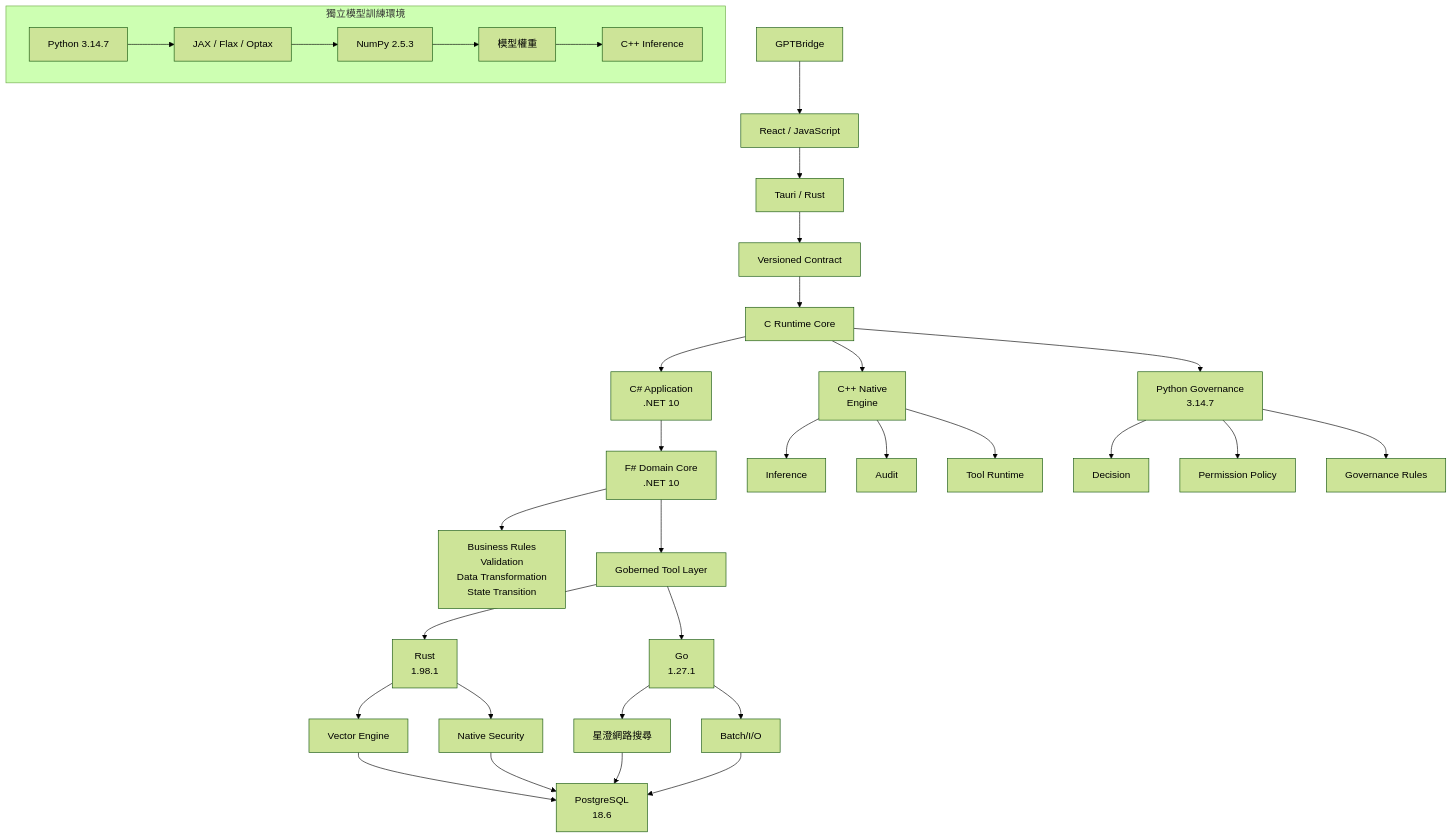
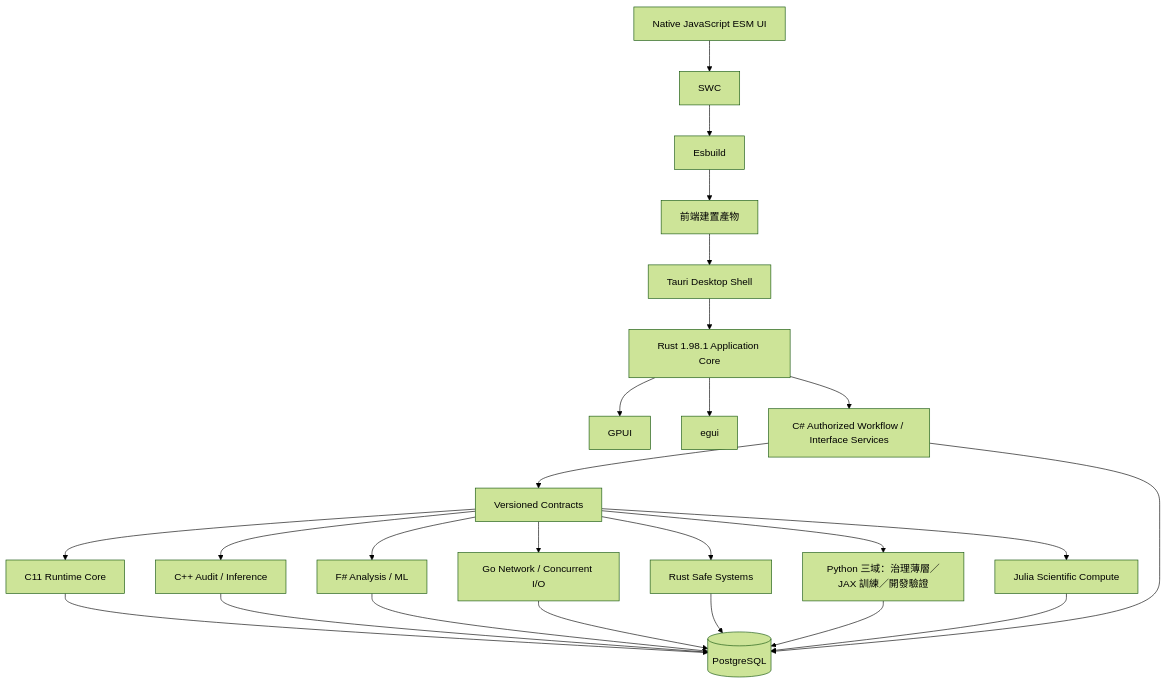
One commit to guilty442-source/GPTBridge changed the third of 4 diagrams in governance_rule/codex/architecture-languages.md. Above: the diagram before and after it, drawn with Mermaid (forest theme). The commit also changed other lines of this file, not shown here.

Commit message:
docs(codex): converge Python scope to A35 three domains + responsibility-transfer table [worker:devin]

````diff
--- a/governance_rule/codex/architecture-languages.md
+++ b/governance_rule/codex/architecture-languages.md
@@ -24,36 +145,30 @@
 ```mermaid
 flowchart TB
-  GPTBridge --> ReactJS[React / JavaScript]
-  ReactJS --> TauriRust[Tauri / Rust]
-  TauriRust --> Contract[Versioned Contract]
-  Contract --> CRuntime[C Runtime Core]
-  CRuntime --> CSharpApp[C# Application<br>.NET 10]
-  CRuntime --> CppNative[C++ Native<br>Engine]
-  CRuntime --> PyGov[Python Governance<br>3.14.7]
-  CSharpApp --> FSharpCore[F# Domain Core<br>.NET 10]
-  FSharpCore --> BusinessRules[Business Rules<br>Validation<br>Data Transformation<br>State Transition]
-  CppNative --> Inference[Inference]
-  CppNative --> Audit[Audit]
-  CppNative --> ToolRuntime[Tool Runtime]
-  PyGov --> Decision[Decision]
-  PyGov --> Permission[Permission Policy]
-  PyGov --> GovRules[Governance Rules]
-  FSharpCore --> GoRustLayer[Goberned Tool Layer]
-  GoRustLayer --> Go[Go<br>1.27.1]
-  GoRustLayer --> Rust[Rust<br>1.98.1]
-  Go --> Search[星澄網路搜尋]
-  Go --> Batch[Batch/I/O]
-  Rust --> Vector[Vector Engine]
-  Rust --> NativeSec[Native Security]
-  Vector --> PG[PostgreSQL<br>18.6]
-  NativeSec --> PG
-  Search --> PG
-  Batch --> PG
+  UI[Native JavaScript ESM UI]
+  UI --> SWC[SWC]
+  SWC --> ESB[Esbuild]
+  ESB --> ART[前端建置產物]
+  ART --> TAURI[Tauri Desktop Shell]
+  TAURI --> RUST[Rust 1.98.1 Application Core]
+  RUST --> GPUI[GPUI]
+  RUST --> EGUI[egui]
+  RUST --> CS[C# Authorized Workflow / Interface Services]
 
-  subgraph Training[獨立模型訓練環境]
-    PyTrain[Python 3.14.7] --> JAX[JAX / Flax / Optax]
-    JAX --> Numpy[NumPy 2.5.3]
-    Numpy --> Weights[模型權重]
-    Weights --> CppInfer[C++ Inference]
-  end
+  CS --> CONTRACT[Versioned Contracts]
+  CONTRACT --> C[C11 Runtime Core]
+  CONTRACT --> CPP[C++ Audit / Inference]
+  CONTRACT --> FS[F# Analysis / ML]
+  CONTRACT --> GO[Go Network / Concurrent I/O]
+  CONTRACT --> RS[Rust Safe Systems]
+  CONTRACT --> PY[Python 三域：治理薄層／JAX 訓練／開發驗證]
+  CONTRACT --> JL[Julia Scientific Compute]
+
+  C --> PG[(PostgreSQL)]
+  CPP --> PG
+  CS --> PG
+  FS --> PG
+  GO --> PG
+  RS --> PG
+  PY --> PG
+  JL --> PG
 ```
````
